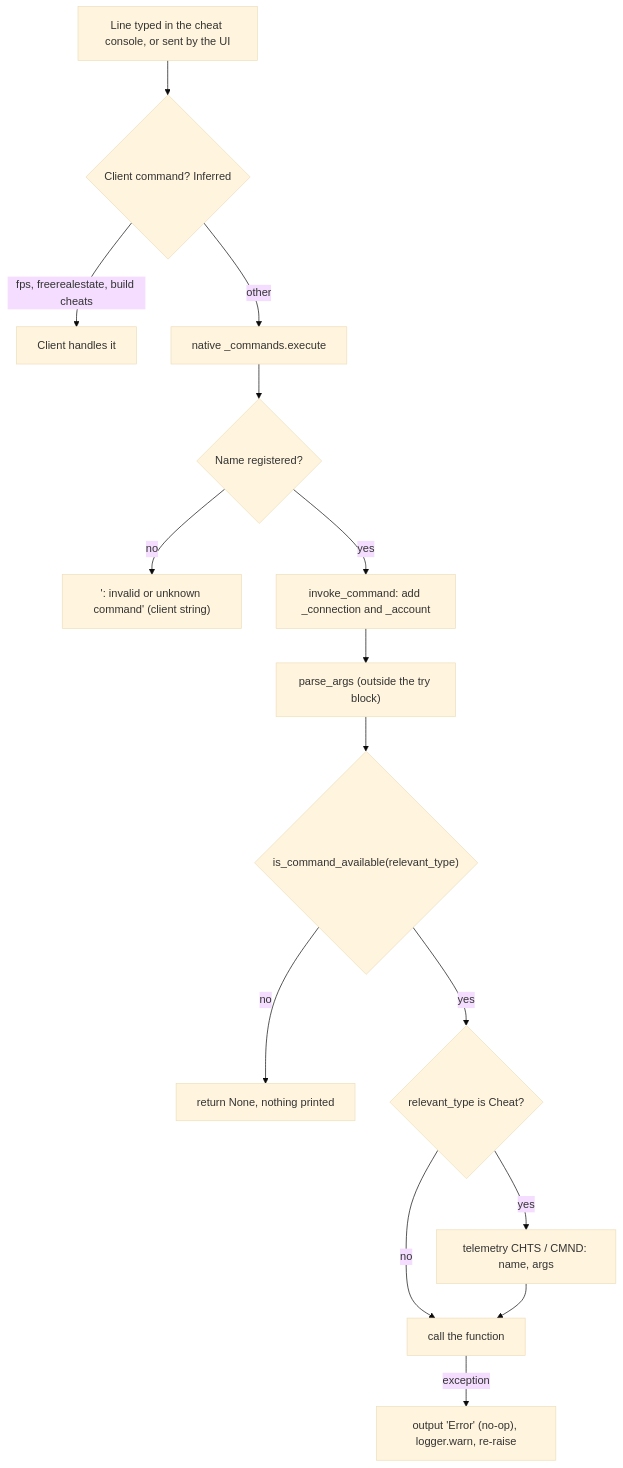
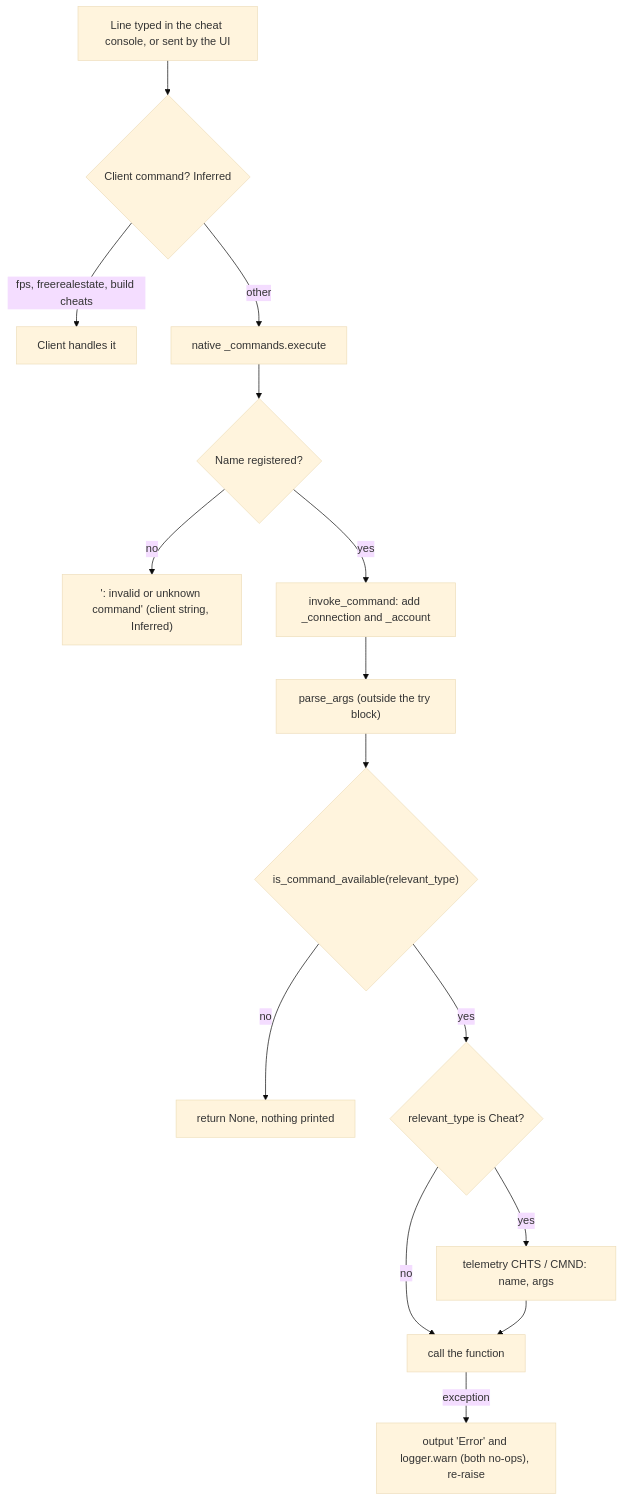
The diagram in src/1.04-debug-cheats-telemetry.md (sudo-ezekiel/how-the-sims-4-works), drawn with Mermaid (base theme) before and after one commit. The commit also changed other lines of this file and 60 other files, not shown here.

````diff
--- a/src/1.04-debug-cheats-telemetry.md
+++ b/src/1.04-debug-cheats-telemetry.md
@@ -82,17 +82,17 @@
 ```mermaid
 flowchart TD
   A[Line typed in the cheat console, or sent by the UI] --> B{Client command? Inferred}
   B -- "fps, freerealestate, build cheats" --> C[Client handles it]
   B -- other --> D["native _commands.execute"]
   D --> E{Name registered?}
-  E -- no --> F["': invalid or unknown command' (client string)"]
+  E -- no --> F["': invalid or unknown command' (client string, Inferred)"]
   E -- yes --> G["invoke_command: add _connection and _account"]
   G --> H["parse_args (outside the try block)"]
   H --> I{"is_command_available(relevant_type)"}
   I -- no --> J[return None, nothing printed]
   I -- yes --> K{relevant_type is Cheat?}
   K -- yes --> L["telemetry CHTS / CMND: name, args"]
   K -- no --> M[call the function]
   L --> M
-  M -- exception --> N["output 'Error' (no-op), logger.warn, re-raise"]
+  M -- exception --> N["output 'Error' and logger.warn (both no-ops), re-raise"]
 ```
````
